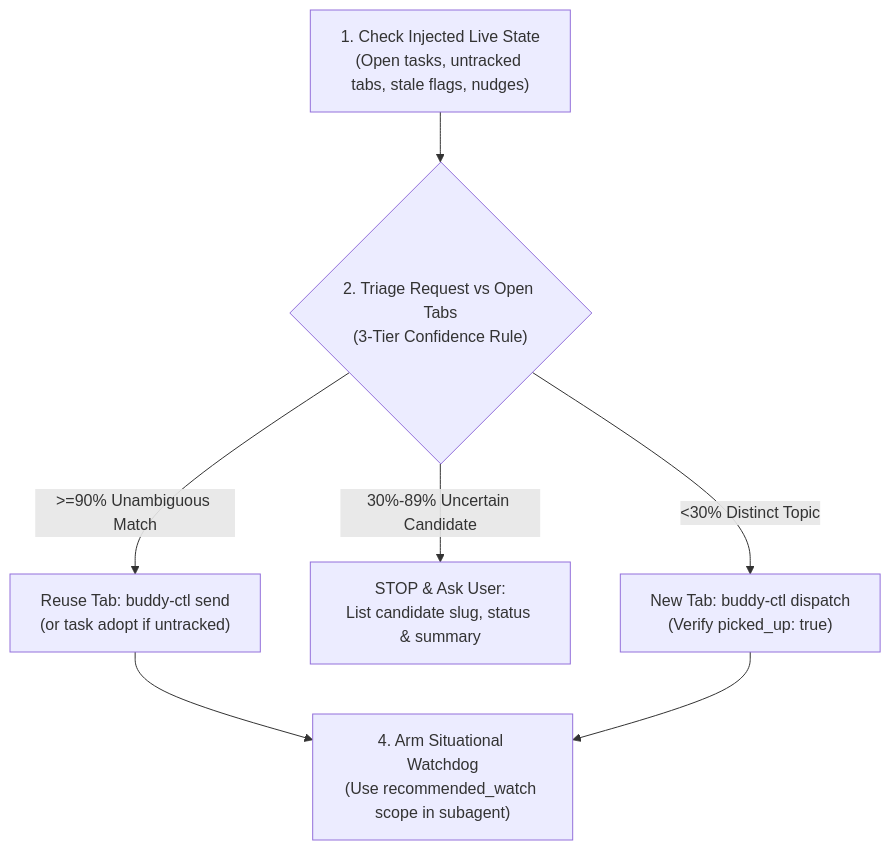
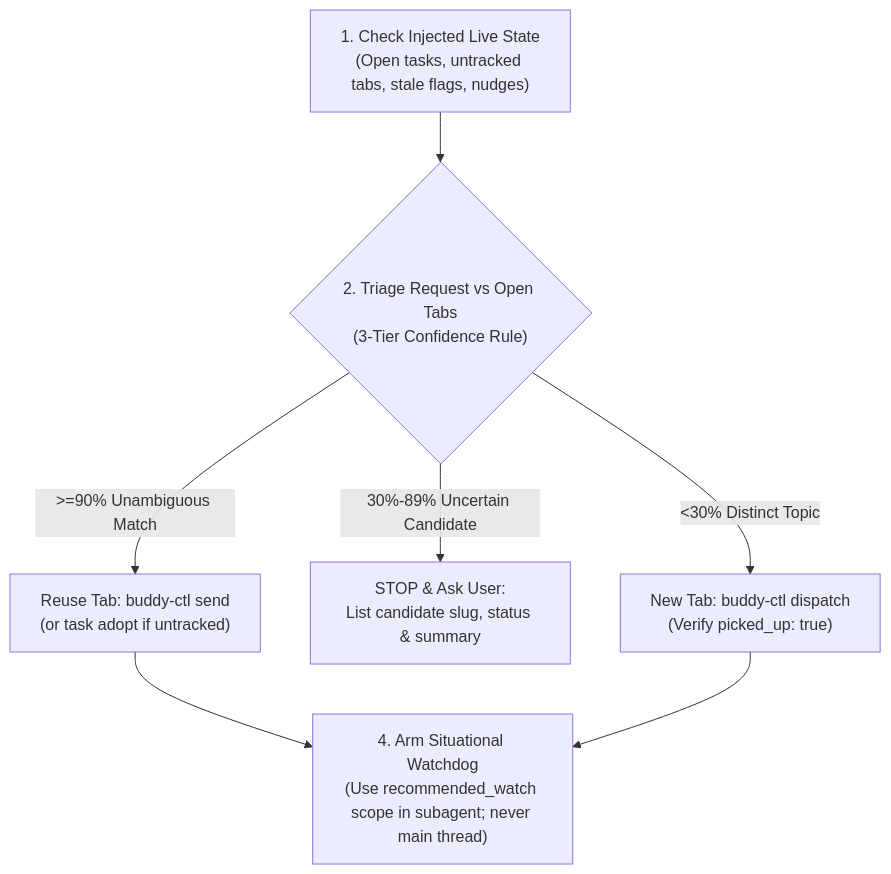
One commit to tortoise10h/buddy changed the diagram in templates/orchestrator-AGENTS.md. Above: the diagram before and after it, drawn with Mermaid. The commit also changed other lines of this file and 1 other file, not shown here.

Commit message:
docs: require watch to run inside a subagent

````diff
--- a/templates/orchestrator-AGENTS.md
+++ b/templates/orchestrator-AGENTS.md
@@ -53,9 +56,9 @@
 ```mermaid
 flowchart TD
     S1["1. Check Injected Live State<br/>(Open tasks, untracked tabs, stale flags, nudges)"] --> S2{"2. Triage Request vs Open Tabs<br/>(3-Tier Confidence Rule)"}
     S2 -- ">=90% Unambiguous Match" --> Reuse["Reuse Tab: buddy-ctl send<br/>(or task adopt if untracked)"]
     S2 -- "30%-89% Uncertain Candidate" --> Ask["STOP & Ask User:<br/>List candidate slug, status & summary"]
     S2 -- "<30% Distinct Topic" --> Disp["New Tab: buddy-ctl dispatch<br/>(Verify picked_up: true)"]
-    Reuse --> S4["4. Arm Situational Watchdog<br/>(Use recommended_watch scope in subagent)"]
+    Reuse --> S4["4. Arm Situational Watchdog<br/>(Use recommended_watch scope in subagent; never main thread)"]
     Disp --> S4
 ```
````
